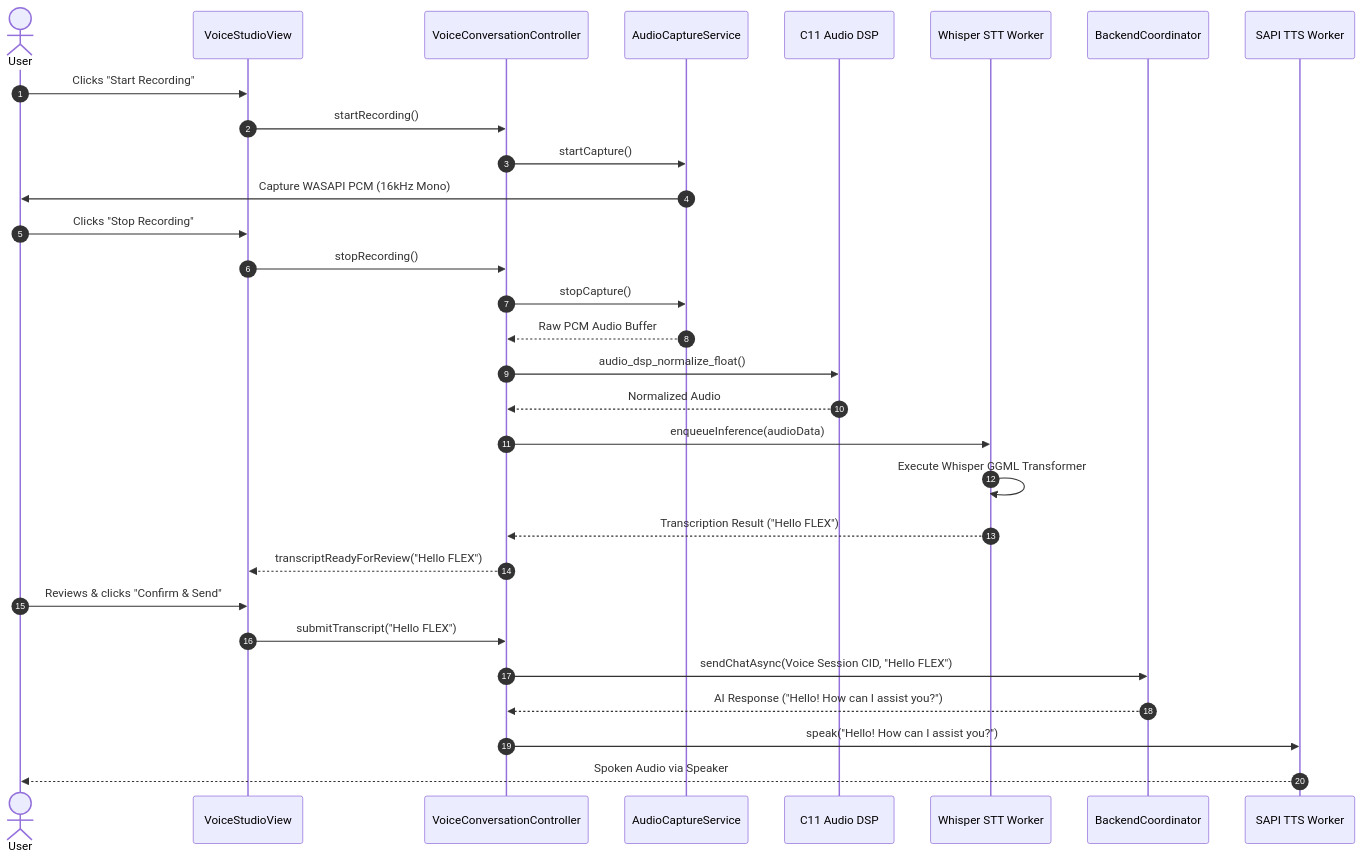
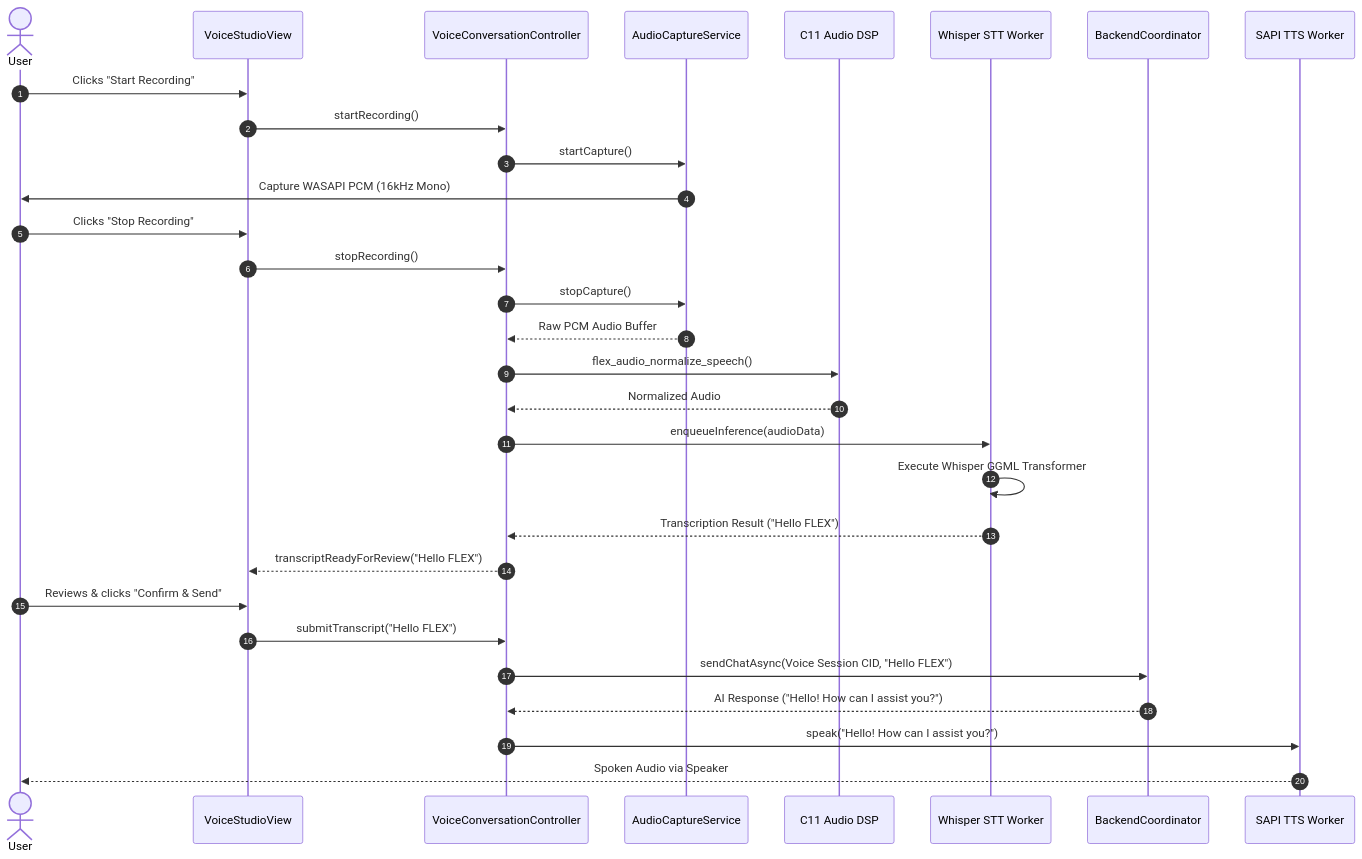
One commit to Sanidhyanegi07/FLEX-1.0 changed the third of 4 diagrams in docs/FINAL_FLEX_1.0_PROJECT_REPORT.md. Above: the diagram before and after it, drawn with Mermaid. The commit also changed other lines of this file and 2 other files, not shown here.

````diff
--- a/docs/FINAL_FLEX_1.0_PROJECT_REPORT.md
+++ b/docs/FINAL_FLEX_1.0_PROJECT_REPORT.md
@@ -173,33 +173,33 @@
 ```mermaid
 sequenceDiagram
     autonumber
     actor User
     participant VS as VoiceStudioView
     participant VCC as VoiceConversationController
     participant ACS as AudioCaptureService
     participant DSP as C11 Audio DSP
     participant STT as Whisper STT Worker
     participant BC as BackendCoordinator
     participant TTS as SAPI TTS Worker
 
     User->>VS: Clicks "Start Recording"
     VS->>VCC: startRecording()
     VCC->>ACS: startCapture()
     ACS->>User: Capture WASAPI PCM (16kHz Mono)
     User->>VS: Clicks "Stop Recording"
     VS->>VCC: stopRecording()
     VCC->>ACS: stopCapture()
     ACS-->>VCC: Raw PCM Audio Buffer
-    VCC->>DSP: audio_dsp_normalize_float()
+    VCC->>DSP: flex_audio_normalize_speech()
     DSP-->>VCC: Normalized Audio
     VCC->>STT: enqueueInference(audioData)
     STT->>STT: Execute Whisper GGML Transformer
     STT-->>VCC: Transcription Result ("Hello FLEX")
     VCC-->>VS: transcriptReadyForReview("Hello FLEX")
     User->>VS: Reviews & clicks "Confirm & Send"
     VS->>VCC: submitTranscript("Hello FLEX")
     VCC->>BC: sendChatAsync(Voice Session CID, "Hello FLEX")
     BC-->>VCC: AI Response ("Hello! How can I assist you?")
     VCC->>TTS: speak("Hello! How can I assist you?")
     TTS-->>User: Spoken Audio via Speaker
 ```
````
